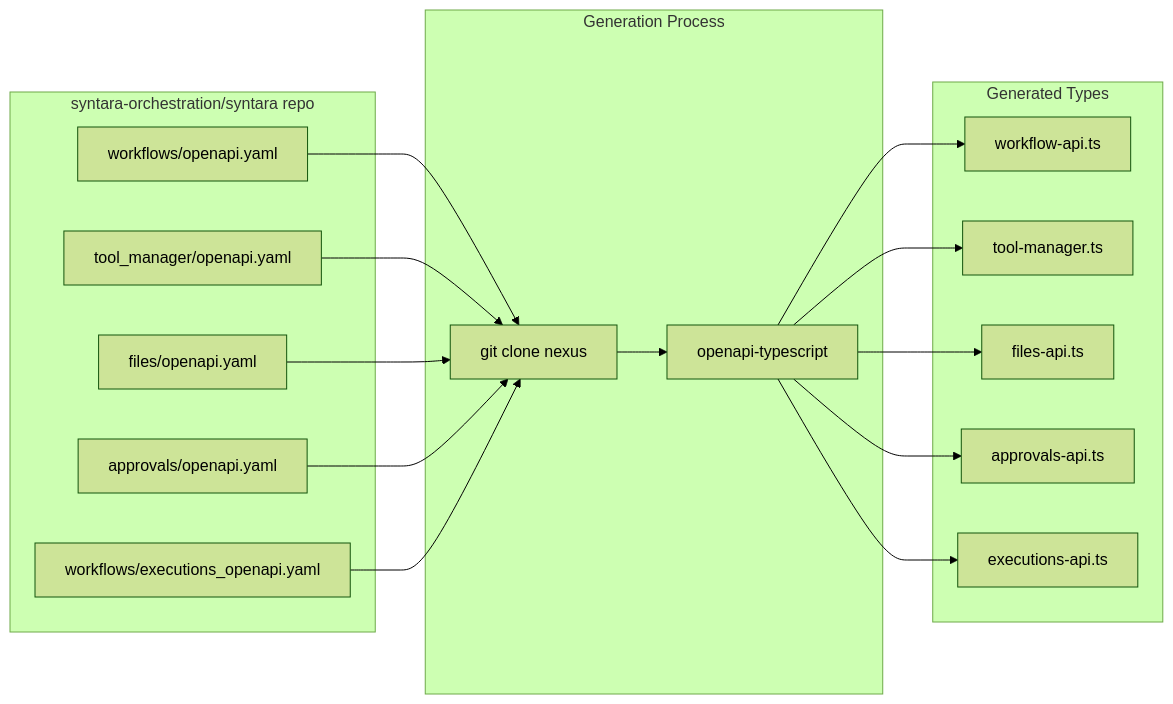
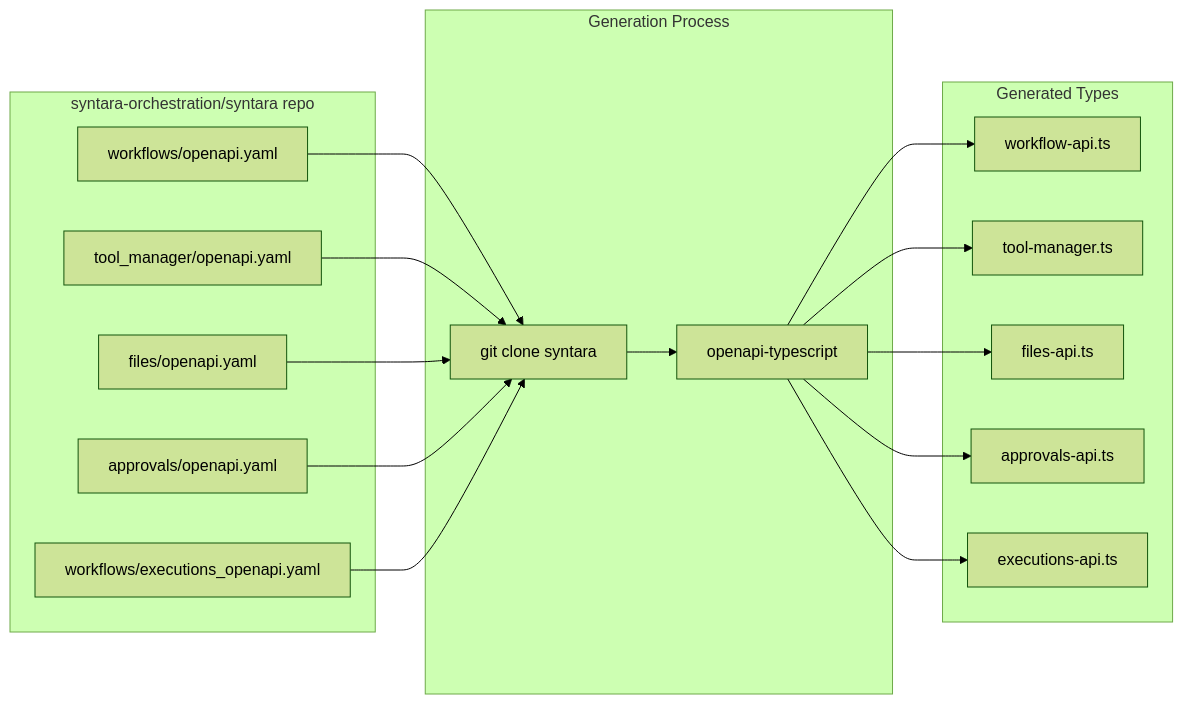
One commit to alinabuzachis/syntara changed the second of 7 diagrams in frontend/docs/data-flow.md. Above: the diagram before and after it, drawn with Mermaid (forest theme). The commit also changed 89 other files, not shown here.

First line of the commit message:
refactor: rename nexus to syntara/mapped across frontend, skills, and backend follow-ups (#106)

````diff
--- a/frontend/docs/data-flow.md
+++ b/frontend/docs/data-flow.md
@@ -60,35 +60,35 @@
 ```mermaid
 flowchart LR
     subgraph Backend["syntara-orchestration/syntara repo"]
         W[workflows/openapi.yaml]
         TM[tool_manager/openapi.yaml]
         F[files/openapi.yaml]
         A[approvals/openapi.yaml]
         E[workflows/executions_openapi.yaml]
     end
 
     subgraph Gen["Generation Process"]
-        Clone[git clone nexus]
+        Clone[git clone syntara]
         OT["openapi-typescript"]
     end
 
     subgraph Output["Generated Types"]
         WT[workflow-api.ts]
         TMT[tool-manager.ts]
         FT[files-api.ts]
         AT[approvals-api.ts]
         ET[executions-api.ts]
     end
 
     W --> Clone
     TM --> Clone
     F --> Clone
     A --> Clone
     E --> Clone
     Clone --> OT
     OT --> WT
     OT --> TMT
     OT --> FT
     OT --> AT
     OT --> ET
 ```
````
